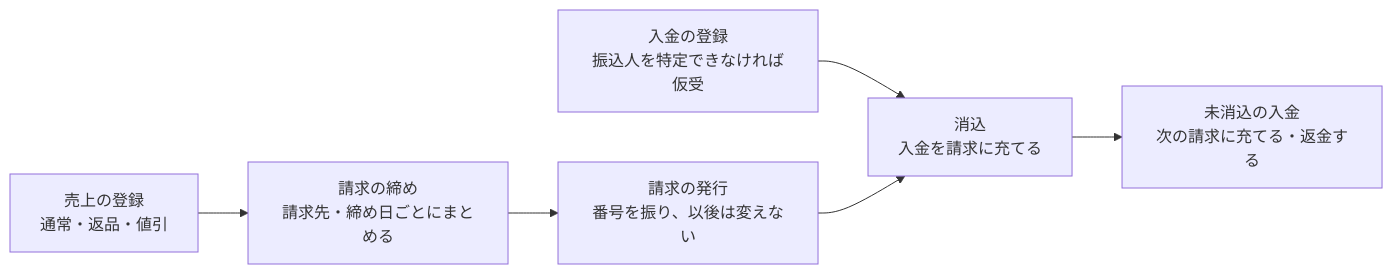
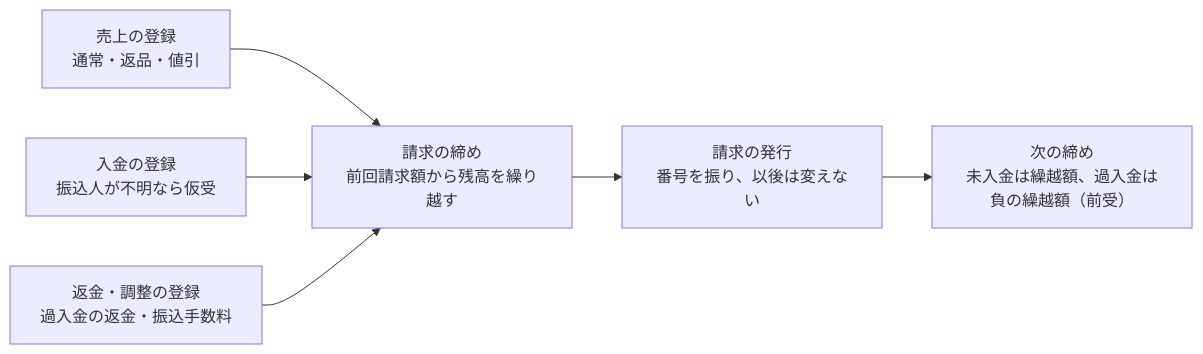
One commit to Soiya-kun/web-app-framework changed the first of 2 diagrams in docs/domain-model.md. Above: the diagram before and after it, drawn with Mermaid. The commit also changed other lines of this file and 127 other files, not shown here.

````diff
--- a/docs/domain-model.md
+++ b/docs/domain-model.md
@@ -7,8 +8,8 @@
 ```mermaid
 flowchart LR
-  A[売上の登録<br>通常・返品・値引] --> B[請求の締め<br>請求先・締め日ごとにまとめる]
-  B --> C[請求の発行<br>番号を振り、以後は変えない]
-  D[入金の登録<br>振込人を特定できなければ仮受] --> E[消込<br>入金を請求に充てる]
-  C --> E
-  E --> F[未消込の入金<br>次の請求に充てる・返金する]
+  A[売上の登録<br>通常・返品・値引] --> C
+  B[入金の登録<br>振込人が不明なら仮受] --> C
+  R[返金・調整の登録<br>過入金の返金・振込手数料] --> C
+  C[請求の締め<br>前回請求額から残高を繰り越す] --> D[請求の発行<br>番号を振り、以後は変えない]
+  D --> E[次の締め<br>未入金は繰越額、過入金は負の繰越額（前受）]
 ```
````
